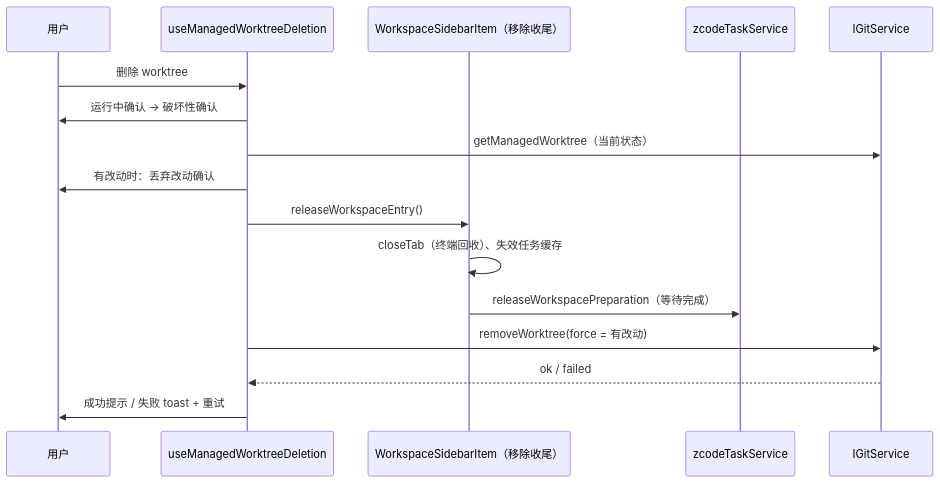
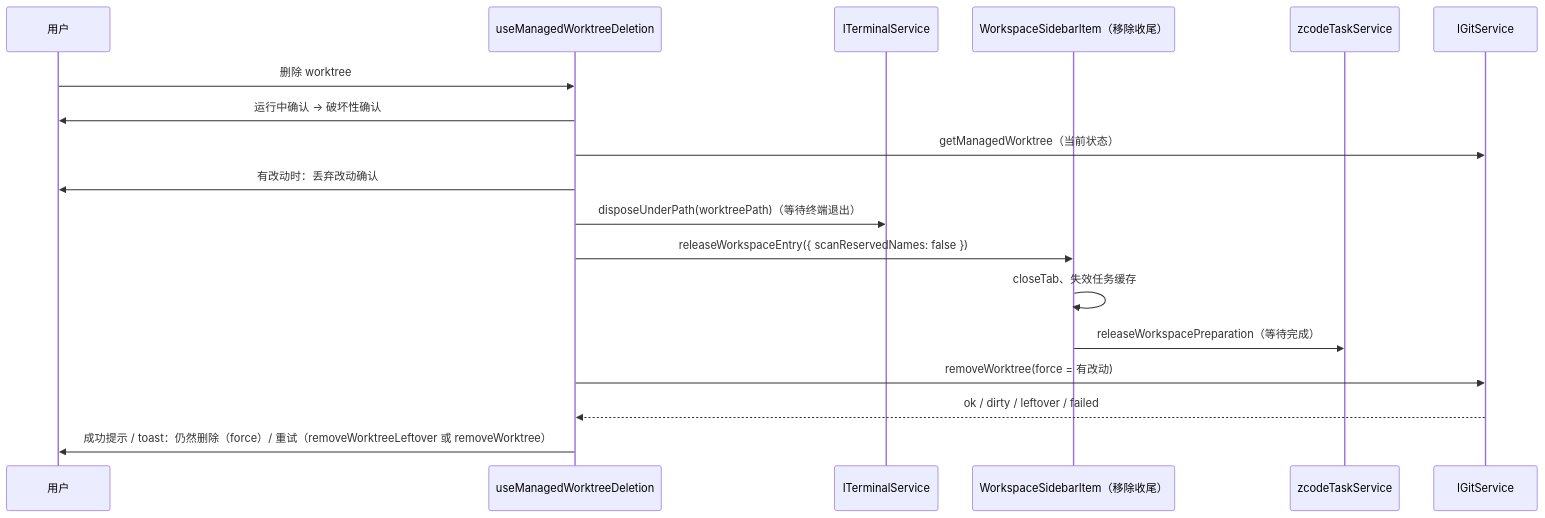
Before and after one commit to jptorres26/ZCode: the first of 2 diagrams in docs/specs/git-worktree-task.md, drawn with Mermaid. The commit also changed other lines of this file and 15 other files, not shown here.

````diff
--- a/docs/specs/git-worktree-task.md
+++ b/docs/specs/git-worktree-task.md
@@ -68,18 +84,20 @@
 ```mermaid
 sequenceDiagram
   participant U as 用户
   participant H as useManagedWorktreeDeletion
+  participant T as ITerminalService
   participant S as WorkspaceSidebarItem（移除收尾）
   participant R as zcodeTaskService
   participant G as IGitService
   U->>H: 删除 worktree
   H->>U: 运行中确认 → 破坏性确认
   H->>G: getManagedWorktree（当前状态）
   H->>U: 有改动时：丢弃改动确认
-  H->>S: releaseWorkspaceEntry()
-  S->>S: closeTab（终端回收）、失效任务缓存
+  H->>T: disposeUnderPath(worktreePath)（等待终端退出）
+  H->>S: releaseWorkspaceEntry({ scanReservedNames: false })
+  S->>S: closeTab、失效任务缓存
   S->>R: releaseWorkspacePreparation（等待完成）
   H->>G: removeWorktree(force = 有改动)
-  G-->>H: ok / failed
-  H->>U: 成功提示 / 失败 toast + 重试
+  G-->>H: ok / dirty / leftover / failed
+  H->>U: 成功提示 / toast：仍然删除（force）/ 重试（removeWorktreeLeftover 或 removeWorktree）
 ```
````
